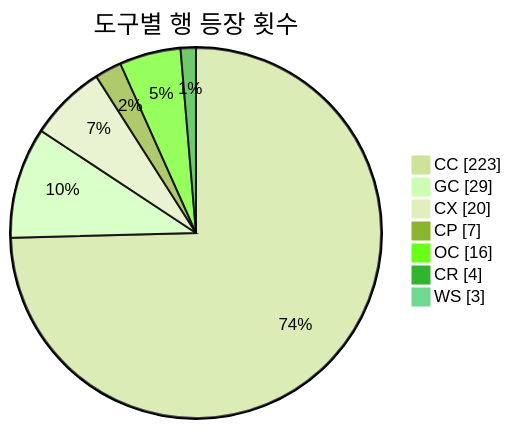
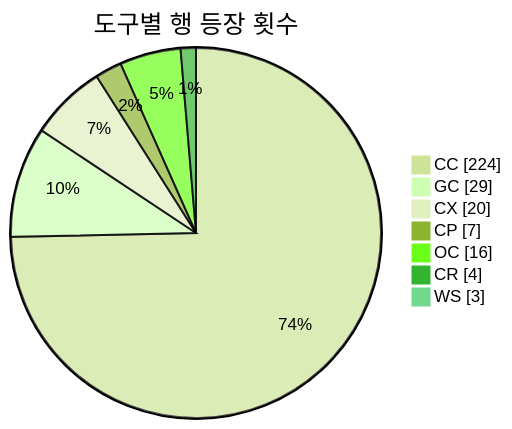
The second of 3 diagrams in README.md (J-nowcow/awesome-korean-agent-skills), drawn with Mermaid (forest theme) before and after one commit. The commit also changed other lines of this file and 4 other files, not shown here.

````diff
--- a/README.md
+++ b/README.md
@@ -193,11 +193,11 @@
 ```mermaid
 pie showData
     title 도구별 행 등장 횟수
-    "CC" : 223
+    "CC" : 224
     "GC" : 29
     "CX" : 20
     "CP" : 7
     "OC" : 16
     "CR" : 4
     "WS" : 3
 ```
````
